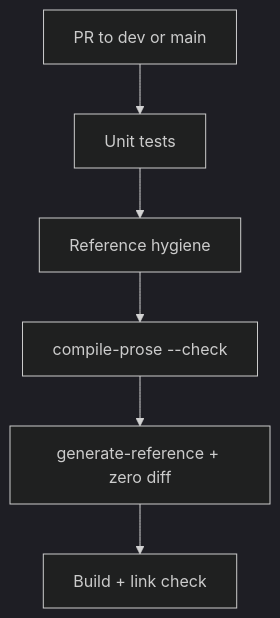
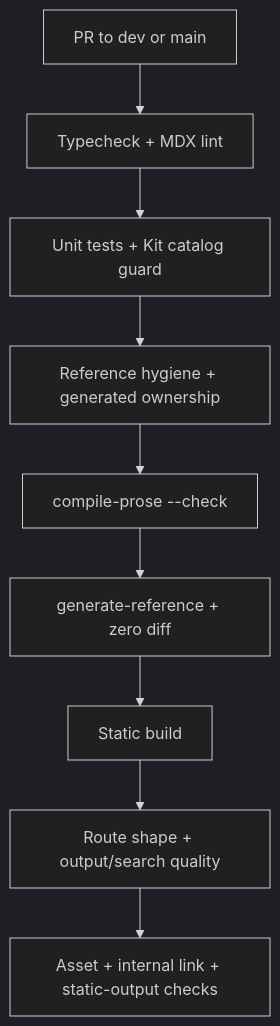
Before and after one commit to bestagentkits/agentkit-docs: the third of 3 diagrams in docs/workflows/release-and-deploy.md, drawn with Mermaid (dark theme). The commit also changed other lines of this file and 7 other files, not shown here.

````diff
--- a/docs/workflows/release-and-deploy.md
+++ b/docs/workflows/release-and-deploy.md
@@ -76,8 +76,11 @@
 ```mermaid
 flowchart TD
-  A["PR to dev or main"] --> B["Unit tests"]
-  B --> C["Reference hygiene"]
-  C --> D["compile-prose --check"]
-  D --> E["generate-reference + zero diff"]
-  E --> F["Build + link check"]
+  A["PR to dev or main"] --> B["Typecheck + MDX lint"]
+  B --> C["Unit tests + Kit catalog guard"]
+  C --> D["Reference hygiene + generated ownership"]
+  D --> E["compile-prose --check"]
+  E --> F["generate-reference + zero diff"]
+  F --> G["Static build"]
+  G --> H["Route shape + output/search quality"]
+  H --> I["Asset + internal link + static-output checks"]
 ```
````
